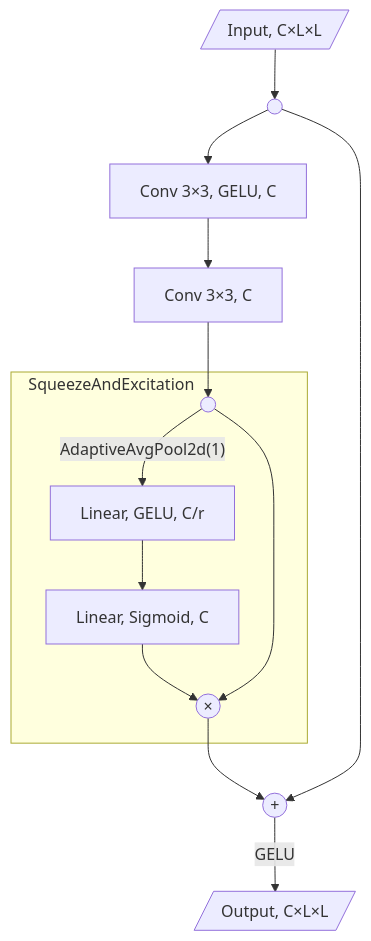
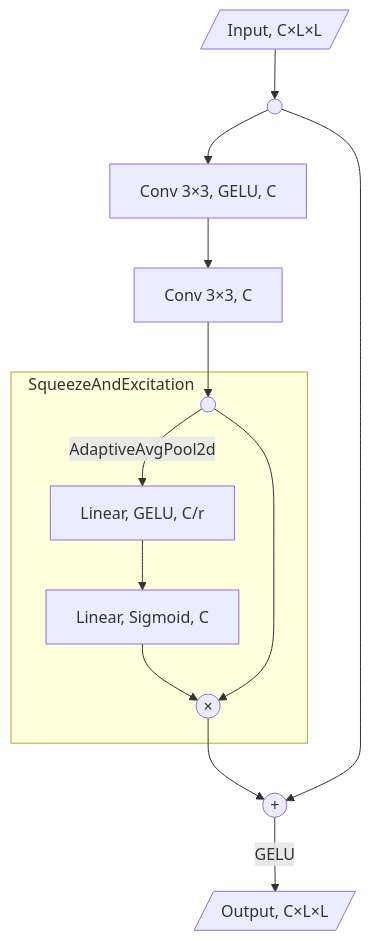
One commit to sgoodfriend/rl-algo-impls changed the second of 4 diagrams in rl_algo_impls/microrts/technical-description.md. Above: the diagram before and after it, drawn with Mermaid. The commit also changed other lines of this file and 1 other file, not shown here.

````diff
--- a/rl_algo_impls/microrts/technical-description.md
+++ b/rl_algo_impls/microrts/technical-description.md
@@ -80,27 +87,27 @@
 ```mermaid
 graph TD
   Input[/"Input, C×L×L"/]
 	Split1((" "))
 	Conv1["Conv 3×3, GELU, C"]
 	Conv2["Conv 3×3, C"]
 	subgraph SqueezeExcitation["SqueezeAndExcitation&nbsp&nbsp&nbsp&nbsp&nbsp&nbsp&nbsp&nbsp&nbsp&nbsp&nbsp&nbsp&nbsp&nbsp&nbsp&nbsp&nbsp&nbsp&nbsp&nbsp&nbsp&nbsp&nbsp"]
 		Split2((" "))
 		Linear1["Linear, GELU, C/r"]
 		Linear2["Linear, Sigmoid, C"]
 		Mult(("×"))
 	end
 	Add(("+"))
 	Output[/"Output, C×L×L"/]
 
 	Input --> Split1
 	Split1 --> Conv1
 	Conv1 --> Conv2
 	Conv2 --> Split2
-	Split2 -- "AdaptiveAvgPool2d(1)" --> Linear1
+	Split2 -- "AdaptiveAvgPool2d" --> Linear1
 	Linear1 --> Linear2
 	Linear2 --> Mult
 	Split2 --> Mult
 	Mult --> Add
 	Split1 --> Add
 	Add -- GELU --> Output
 ```
````
